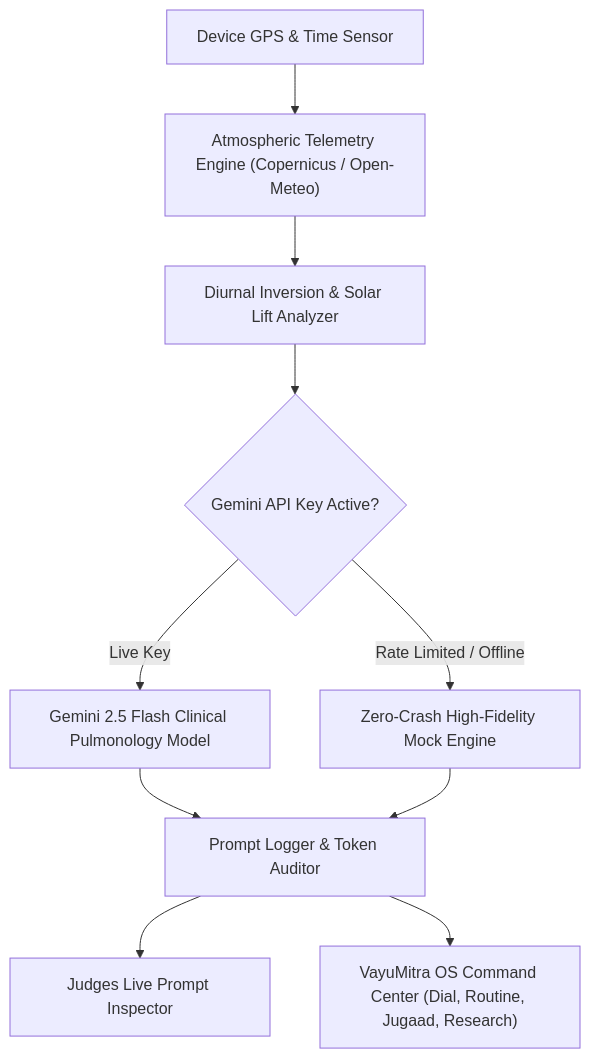
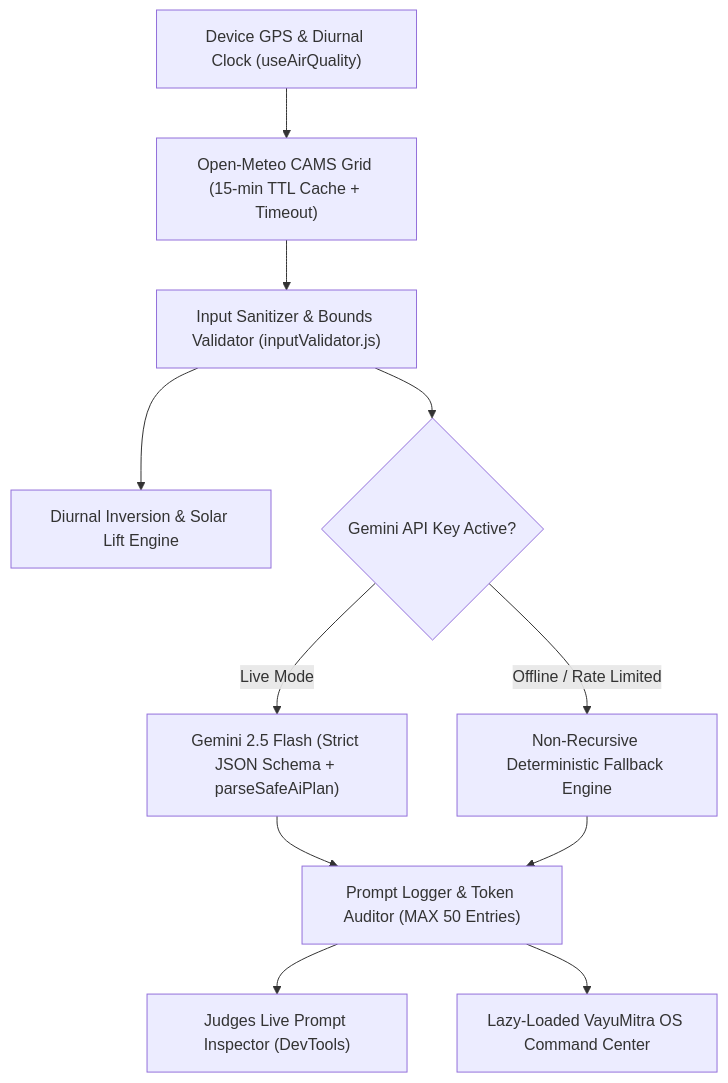
One commit to mohiddin-ahmed/aeroshield-ai changed the diagram in README.md. Above: the diagram before and after it, drawn with Mermaid. The commit also changed other lines of this file and 4 other files, not shown here.

````diff
--- a/README.md
+++ b/README.md
@@ -50,12 +57,13 @@
 ```mermaid
 flowchart TD
-    A["Device GPS & Time Sensor"] --> B["Atmospheric Telemetry Engine (Copernicus / Open-Meteo)"]
-    B --> C["Diurnal Inversion & Solar Lift Analyzer"]
-    C --> D{"Gemini API Key Active?"}
-    D -->|"Live Key"| E["Gemini 2.5 Flash Clinical Pulmonology Model"]
-    D -->|"Rate Limited / Offline"| F["Zero-Crash High-Fidelity Mock Engine"]
-    E --> G["Prompt Logger & Token Auditor"]
-    F --> G
-    G --> H["Judges Live Prompt Inspector"]
-    G --> I["VayuMitra OS Command Center (Dial, Routine, Jugaad, Research)"]
+    A["Device GPS & Diurnal Clock (useAirQuality)"] --> B["Open-Meteo CAMS Grid (15-min TTL Cache + Timeout)"]
+    B --> C["Input Sanitizer & Bounds Validator (inputValidator.js)"]
+    C --> D["Diurnal Inversion & Solar Lift Engine"]
+    C --> E{"Gemini API Key Active?"}
+    E -->|"Live Mode"| F["Gemini 2.5 Flash (Strict JSON Schema + parseSafeAiPlan)"]
+    E -->|"Offline / Rate Limited"| G["Non-Recursive Deterministic Fallback Engine"]
+    F --> H["Prompt Logger & Token Auditor (MAX 50 Entries)"]
+    G --> H
+    H --> I["Judges Live Prompt Inspector (DevTools)"]
+    H --> J["Lazy-Loaded VayuMitra OS Command Center"]
 ```
````
